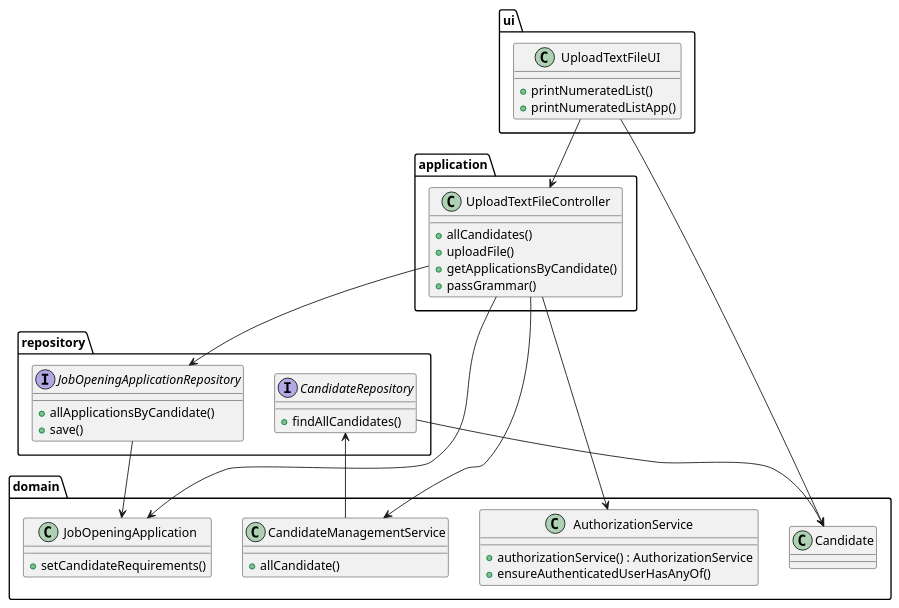
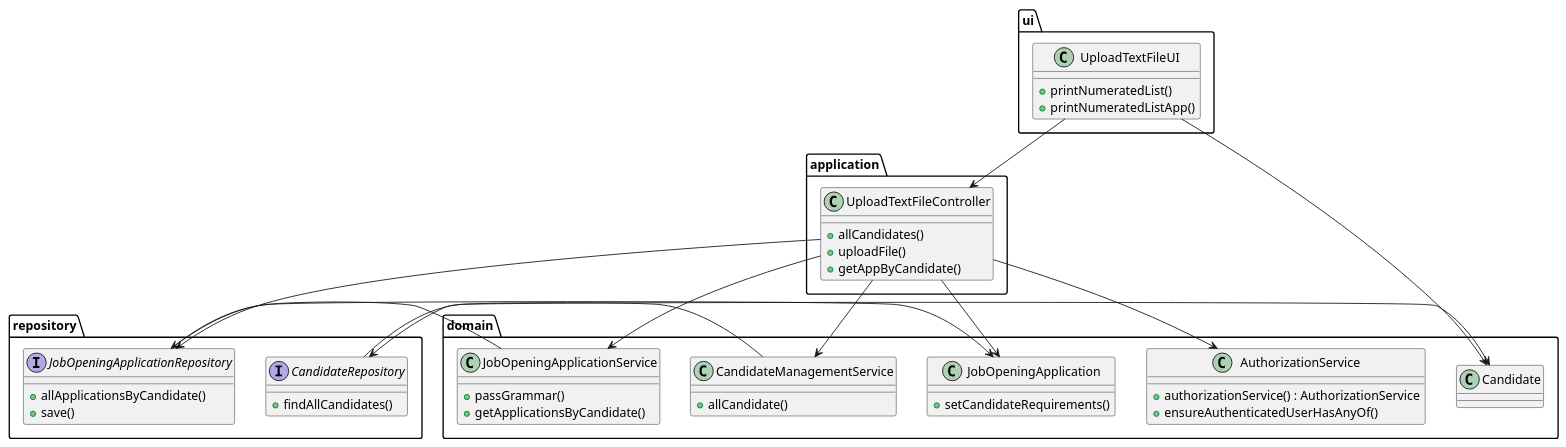
Before and after one commit to marcoferreira37/Lapr4: the diagram in docs/sprintC/2004/puml/2004-class-diagram.puml, drawn with PlantUML.

Commit message:
#48 last change in class diagram (service uploaded)

```diff
--- a/docs/sprintC/2004/puml/2004-class-diagram.puml
+++ b/docs/sprintC/2004/puml/2004-class-diagram.puml
@@ -1,65 +1,71 @@
 @startuml
 
 
 
 
 package ui {
         class UploadTextFileUI {
             +printNumeratedList()
             +printNumeratedListApp()
         }
     }
 
 
 
 
     package application {
         class UploadTextFileController {
             +allCandidates()
             +uploadFile()
-            +getApplicationsByCandidate()
-            +passGrammar()
+            +getAppByCandidate()
         }
     }
 
     package repository {
 
         interface CandidateRepository{
             +findAllCandidates()
         }
 
         interface JobOpeningApplicationRepository{
             +allApplicationsByCandidate()
             +save()
         }
     }
 
     package domain {
 
         class AuthorizationService {
             +authorizationService() : AuthorizationService
             +ensureAuthenticatedUserHasAnyOf()
         }
         class JobOpeningApplication{
             +setCandidateRequirements()
         }
 
         class CandidateManagementService{
             +allCandidate()
         }
 
         class Candidate {
         }
+
+        class JobOpeningApplicationService {
+            +passGrammar()
+            +getApplicationsByCandidate()
+        }
     }
 
 UploadTextFileUI--> UploadTextFileController
 UploadTextFileUI --> Candidate
 UploadTextFileController --> AuthorizationService
 UploadTextFileController --> CandidateManagementService
+UploadTextFileController --> JobOpeningApplicationService
 UploadTextFileController --> JobOpeningApplicationRepository
 UploadTextFileController --> JobOpeningApplication
 CandidateManagementService --> CandidateRepository
 CandidateRepository --> Candidate
 JobOpeningApplicationRepository --> JobOpeningApplication
+JobOpeningApplicationService--> JobOpeningApplicationRepository
 
 @enduml
```
